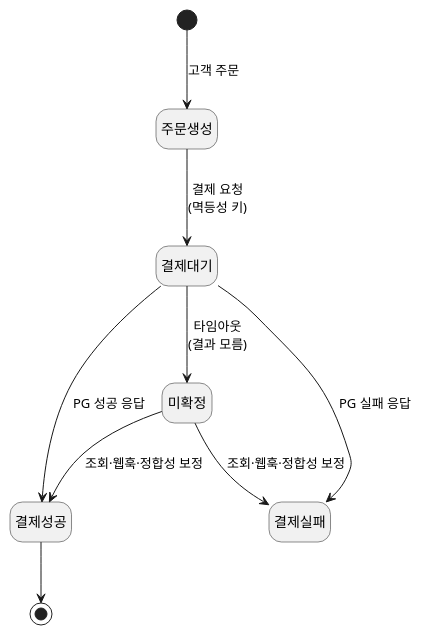
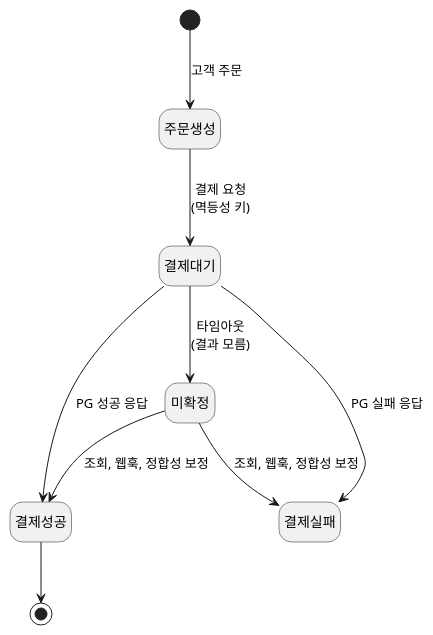
One commit to johnycho/johny-dev changed the first of 2 diagrams in blog/2026-10-21-payment-order-consistency-failure-design.mdx. Above: the diagram before and after it, drawn with PlantUML. The commit also changed other lines of this file and 188 other files, not shown here.

````diff
--- a/blog/2026-10-21-payment-order-consistency-failure-design.mdx
+++ b/blog/2026-10-21-payment-order-consistency-failure-design.mdx
@@ -41,15 +41,15 @@
 ```plantuml
 @startuml
 skinparam defaultFontName sans-serif
 skinparam shadowing false
 hide empty description
 [*] --> 주문생성 : 고객 주문
 주문생성 --> 결제대기 : 결제 요청\n(멱등성 키)
 결제대기 --> 결제성공 : PG 성공 응답
 결제대기 --> 결제실패 : PG 실패 응답
 결제대기 --> 미확정 : 타임아웃\n(결과 모름)
-미확정 --> 결제성공 : 조회·웹훅·정합성 보정
-미확정 --> 결제실패 : 조회·웹훅·정합성 보정
+미확정 --> 결제성공 : 조회, 웹훅, 정합성 보정
+미확정 --> 결제실패 : 조회, 웹훅, 정합성 보정
 결제성공 --> [*]
 @enduml
 ```
````
